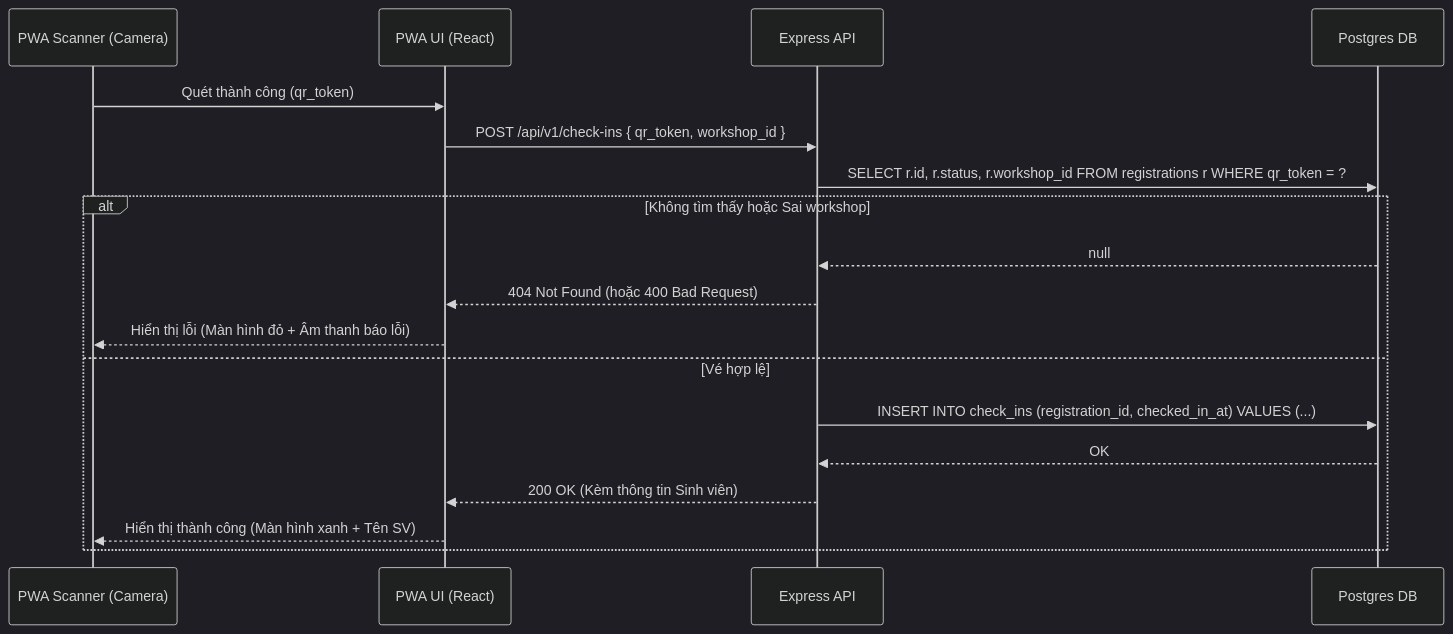
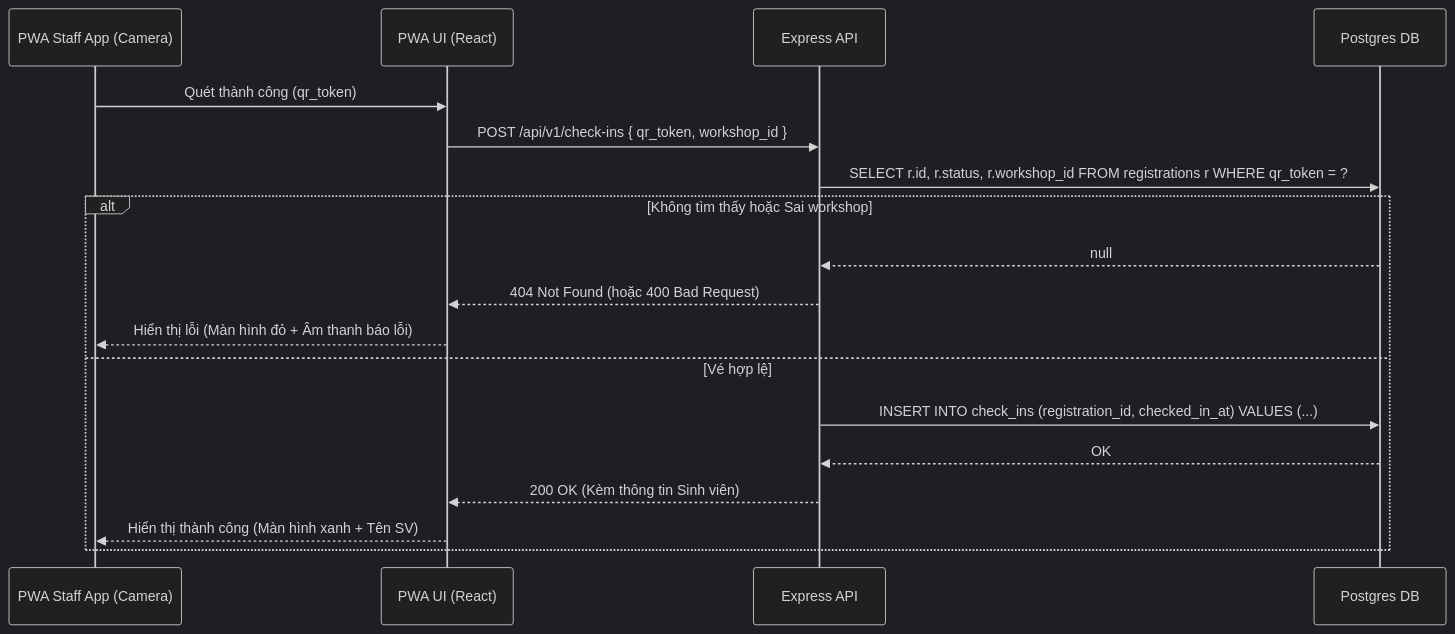
The first of 3 diagrams in blueprint/specs/checkin.md (cattybeo/23tkpm1-group16-unihub-workshop), drawn with Mermaid (dark theme) before and after one commit. The commit also changed other lines of this file and 7 other files, not shown here.

Commit message:
chore(docs): rename 'scanner' role to 'staff' across blueprint and specs

````diff
--- a/blueprint/specs/checkin.md
+++ b/blueprint/specs/checkin.md
@@ -70,22 +70,22 @@
 ```mermaid
 sequenceDiagram
-    participant Cam as PWA Scanner (Camera)
+    participant Cam as PWA Staff App (Camera)
     participant UI as PWA UI (React)
     participant API as Express API
     participant DB as Postgres DB
 
     Cam->>UI: Quét thành công (qr_token)
     UI->>API: POST /api/v1/check-ins { qr_token, workshop_id }
     API->>DB: SELECT r.id, r.status, r.workshop_id FROM registrations r WHERE qr_token = ?
     
     alt Không tìm thấy hoặc Sai workshop
         DB-->>API: null
         API-->>UI: 404 Not Found (hoặc 400 Bad Request)
         UI-->>Cam: Hiển thị lỗi (Màn hình đỏ + Âm thanh báo lỗi)
     else Vé hợp lệ
         API->>DB: INSERT INTO check_ins (registration_id, checked_in_at) VALUES (...)
         DB-->>API: OK
         API-->>UI: 200 OK (Kèm thông tin Sinh viên)
         UI-->>Cam: Hiển thị thành công (Màn hình xanh + Tên SV)
     end
 ```
````
